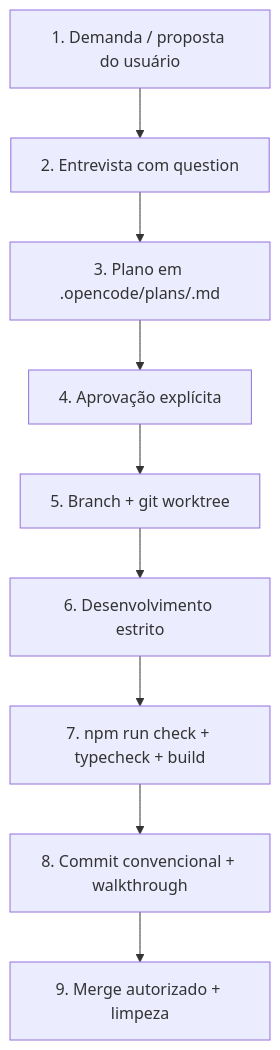
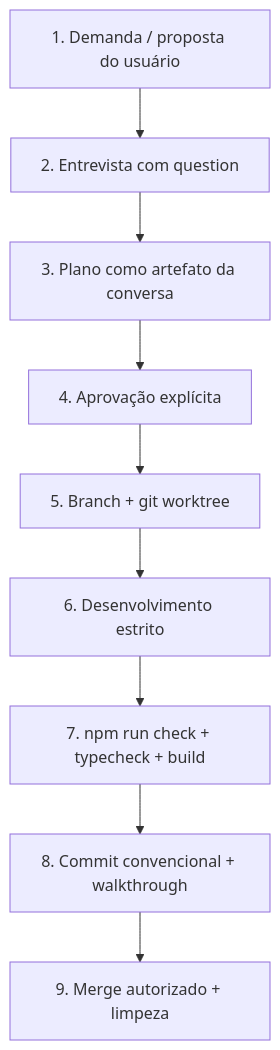
The diagram in docs/agents/developer-workflow.md (devitor-oliveira/lp-conf), drawn with Mermaid before and after one commit. The commit also changed other lines of this file and 2 other files, not shown here.

Commit message:
docs(agents): enforce conversation artifacts for plans unless explicitly requested

````diff
--- a/docs/agents/developer-workflow.md
+++ b/docs/agents/developer-workflow.md
@@ -69,14 +69,14 @@
 ```mermaid
 flowchart TD
     Step1["1. Demanda / proposta do usuário"]
     Step2["2. Entrevista com question"]
-    Step3["3. Plano em .opencode/plans/<slug>.md"]
+    Step3["3. Plano como artefato da conversa"]
     Step4["4. Aprovação explícita"]
     Step5["5. Branch + git worktree"]
     Step6["6. Desenvolvimento estrito"]
     Step7["7. npm run check + typecheck + build"]
     Step8["8. Commit convencional + walkthrough"]
     Step9["9. Merge autorizado + limpeza"]
 
     Step1 --> Step2 --> Step3 --> Step4 --> Step5 --> Step6 --> Step7 --> Step8 --> Step9
 ```
````
